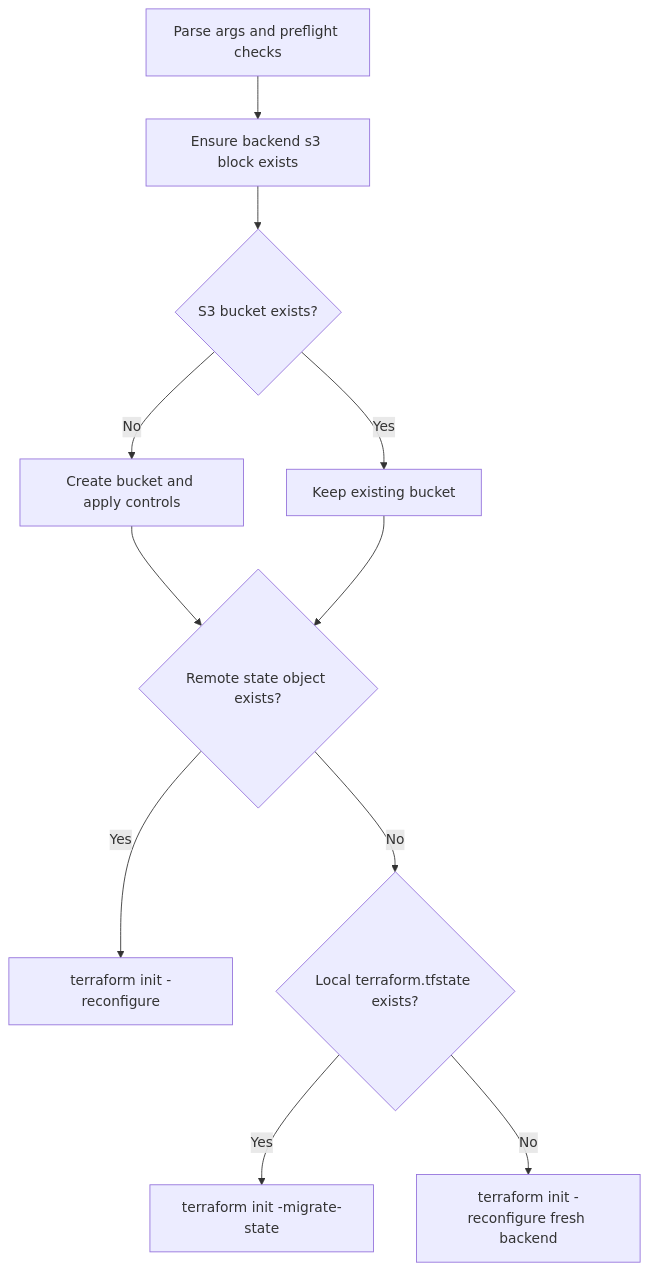
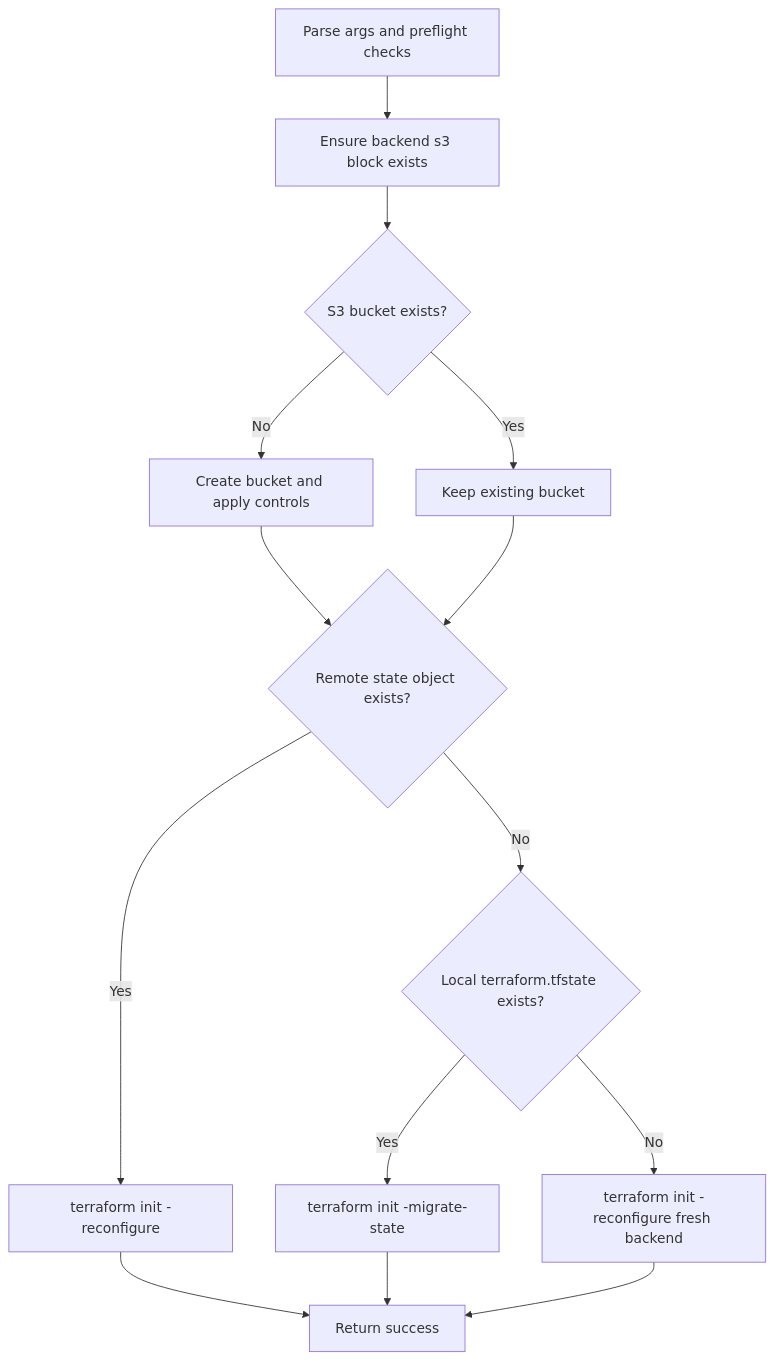
One commit to sml-global/mongodb changed the fourth of 8 diagrams in platform-prerequisites/terraform/README.md. Above: the diagram before and after it, drawn with Mermaid. The commit also changed other lines of this file and 2 other files, not shown here.

````diff
--- a/platform-prerequisites/terraform/README.md
+++ b/platform-prerequisites/terraform/README.md
@@ -239,13 +273,16 @@
 ```mermaid
 flowchart TD
   A[Parse args and preflight checks] --> B[Ensure backend s3 block exists]
   B --> C{S3 bucket exists?}
   C -->|No| D[Create bucket and apply controls]
   C -->|Yes| E[Keep existing bucket]
   D --> F{Remote state object exists?}
   E --> F
   F -->|Yes| G[terraform init -reconfigure]
   F -->|No| H{Local terraform.tfstate exists?}
   H -->|Yes| I[terraform init -migrate-state]
   H -->|No| J[terraform init -reconfigure fresh backend]
+  G --> K[Return success]
+  I --> K
+  J --> K
 ```
````
